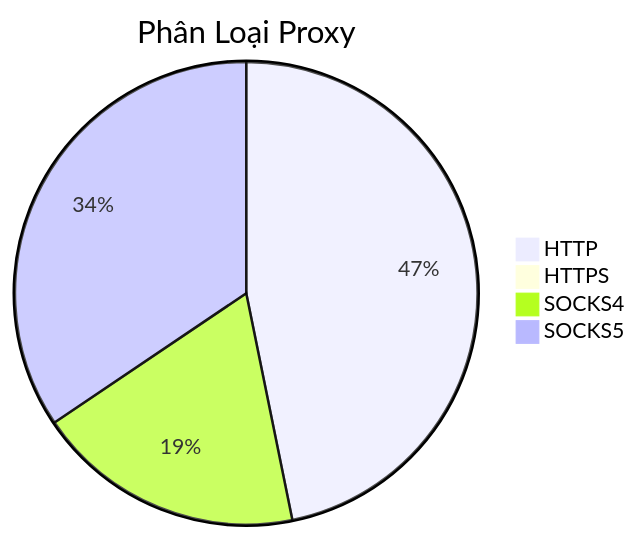
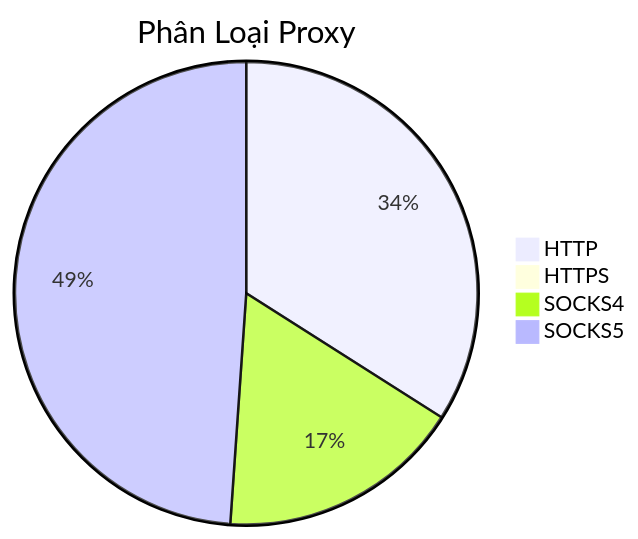
The diagram in README.md (Ciara-12/PROXY-free), drawn with Mermaid before and after one commit. The commit also changed other lines of this file and 4 other files, not shown here.

````diff
--- a/README.md
+++ b/README.md
@@ -26,7 +26,7 @@
 ```mermaid
 pie title Phân Loại Proxy
-    "HTTP" : 931
-    "HTTPS" : 1
-    "SOCKS4" : 373
-    "SOCKS5" : 685
+    "HTTP" : 603
+    "HTTPS" : 0
+    "SOCKS4" : 303
+    "SOCKS5" : 867
 ```
````
